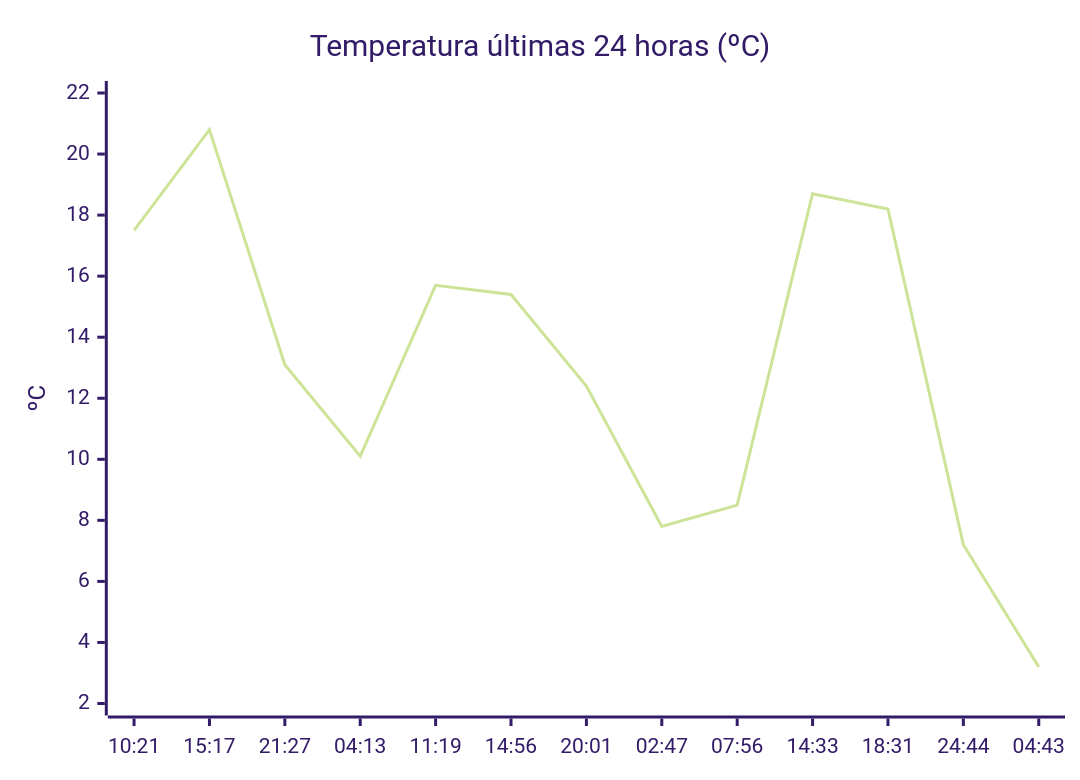
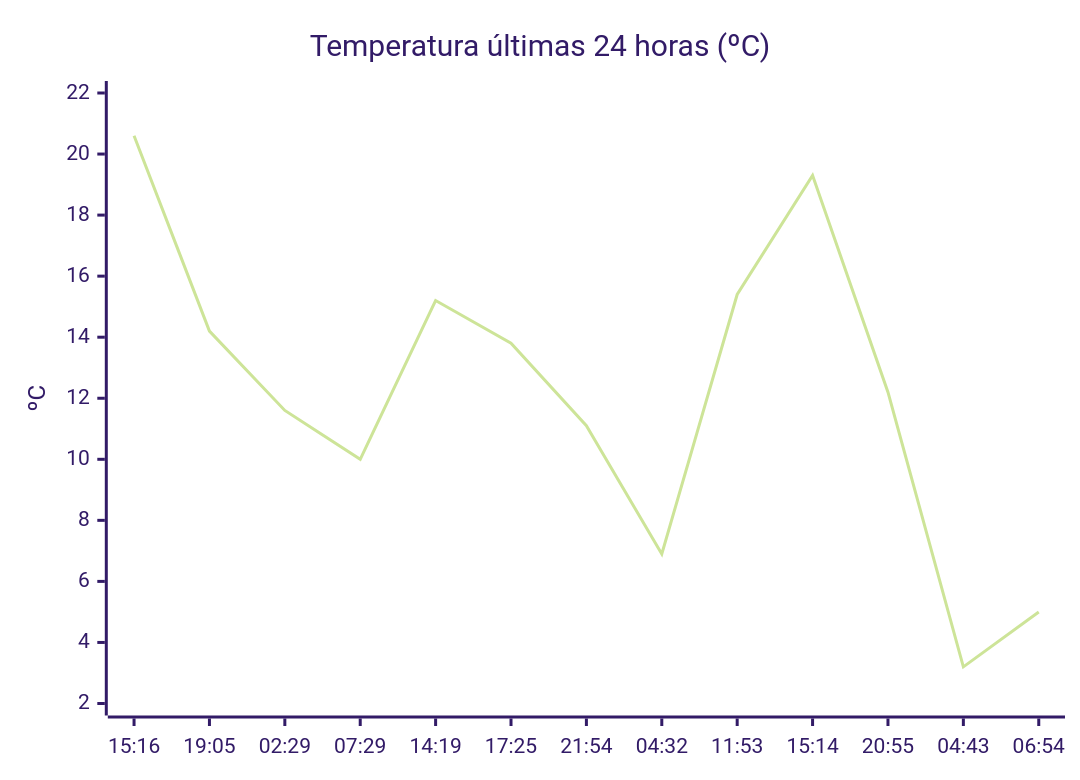
Before and after one commit to solidsnk86/rem-scrap: the diagram in README.md, drawn with Mermaid (forest theme). The commit also changed other lines of this file, not shown here.

````diff
--- a/README.md
+++ b/README.md
@@ -28,7 +28,7 @@
 ```mermaid
 xychart-beta
     title "Temperatura últimas 24 horas (ºC)"
-    x-axis ["10:21", "15:17", "21:27", "04:13", "11:19", "14:56", "20:01", "02:47", "07:56", "14:33", "18:31", "24:44", "04:43"]
+    x-axis ["15:16", "19:05", "02:29", "07:29", "14:19", "17:25", "21:54", "04:32", "11:53", "15:14", "20:55", "04:43", "06:54"]
     y-axis "ºC" 2 --> 22
-    line [17.5, 20.8, 13.1, 10.1, 15.7, 15.4, 12.4, 7.8, 8.5, 18.7, 18.2, 7.2, 3.2]
+    line [20.6, 14.2, 11.6, 10, 15.2, 13.8, 11.1, 6.9, 15.4, 19.3, 12.2, 3.2, 5]
 ```
````
